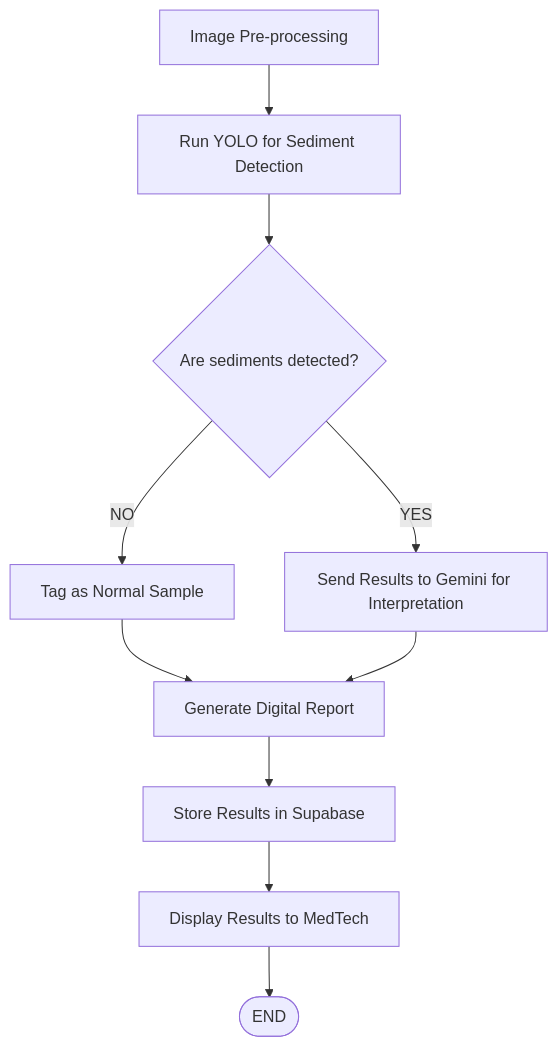
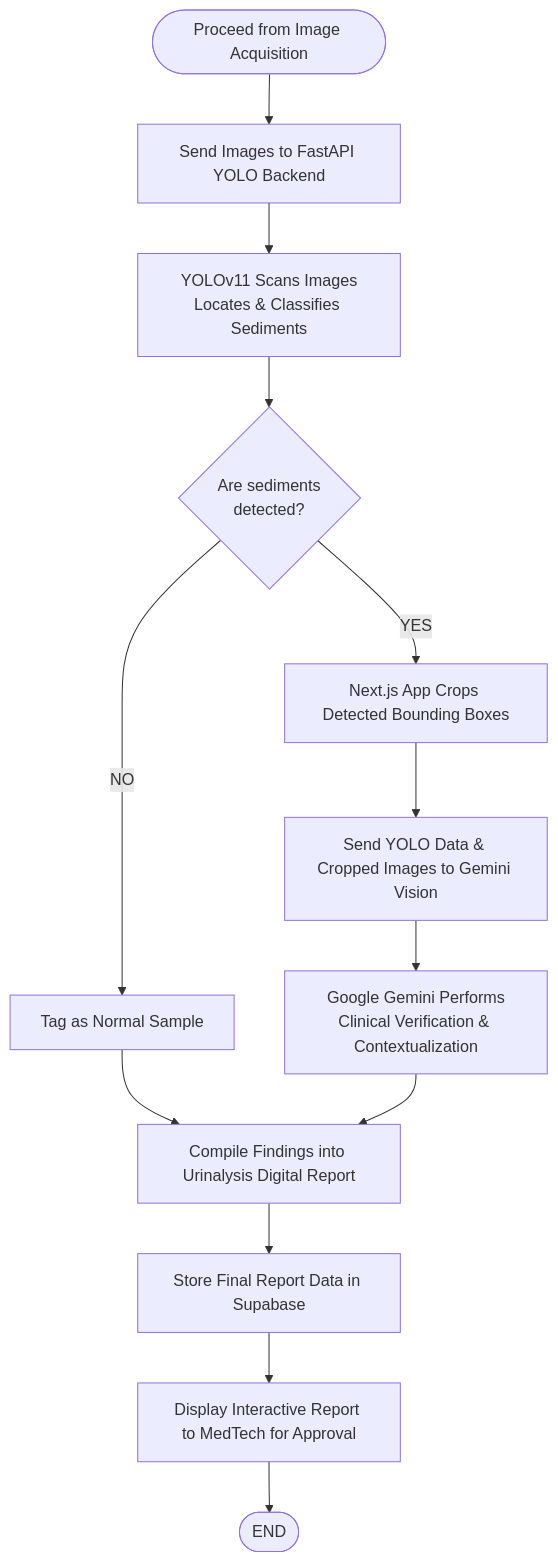
The fourth of 4 diagrams in README.md (mcggEz/microview-ai), drawn with Mermaid before and after one commit. The commit also changed other lines of this file, not shown here.

````diff
--- a/README.md
+++ b/README.md
@@ -118,15 +121,19 @@
 ```mermaid
 flowchart TD
-    Preprocess[Image Pre-processing] --> RunYOLO[Run YOLO for Sediment Detection]
-    RunYOLO --> IfSediment{Are sediments detected?}
+    Start([Proceed from Image Acquisition]) --> SendFastAPI[Send Images to FastAPI YOLO Backend]
+    SendFastAPI --> YoloDetect[YOLOv11 Scans Images<br/>Locates & Classifies Sediments]
     
-    IfSediment -->|NO| TagNormal[Tag as Normal Sample]
-    TagNormal --> GenReport[Generate Digital Report]
+    YoloDetect --> AnyDetected{Are sediments<br/>detected?}
     
-    IfSediment -->|YES| SendGemini[Send Results to Gemini for Interpretation]
-    SendGemini --> GenReport
+    AnyDetected -->|NO| TagNormal[Tag as Normal Sample]
+    TagNormal --> GenReport
     
-    GenReport --> Store[Store Results in Supabase]
-    Store --> Display[Display Results to MedTech]
-    Display --> End([END])
+    AnyDetected -->|YES| CropImages[Next.js App Crops Detected Bounding Boxes]
+    CropImages --> SendGemini[Send YOLO Data & Cropped Images to Gemini Vision]
+    SendGemini --> GeminiAnalyse[Google Gemini Performs<br/>Clinical Verification & Contextualization]
+    GeminiAnalyse --> GenReport[Compile Findings into Urinalysis Digital Report]
+    
+    GenReport --> SaveDB[Store Final Report Data in Supabase]
+    SaveDB --> Review[Display Interactive Report to MedTech for Approval]
+    Review --> End([END])
 ```
````
